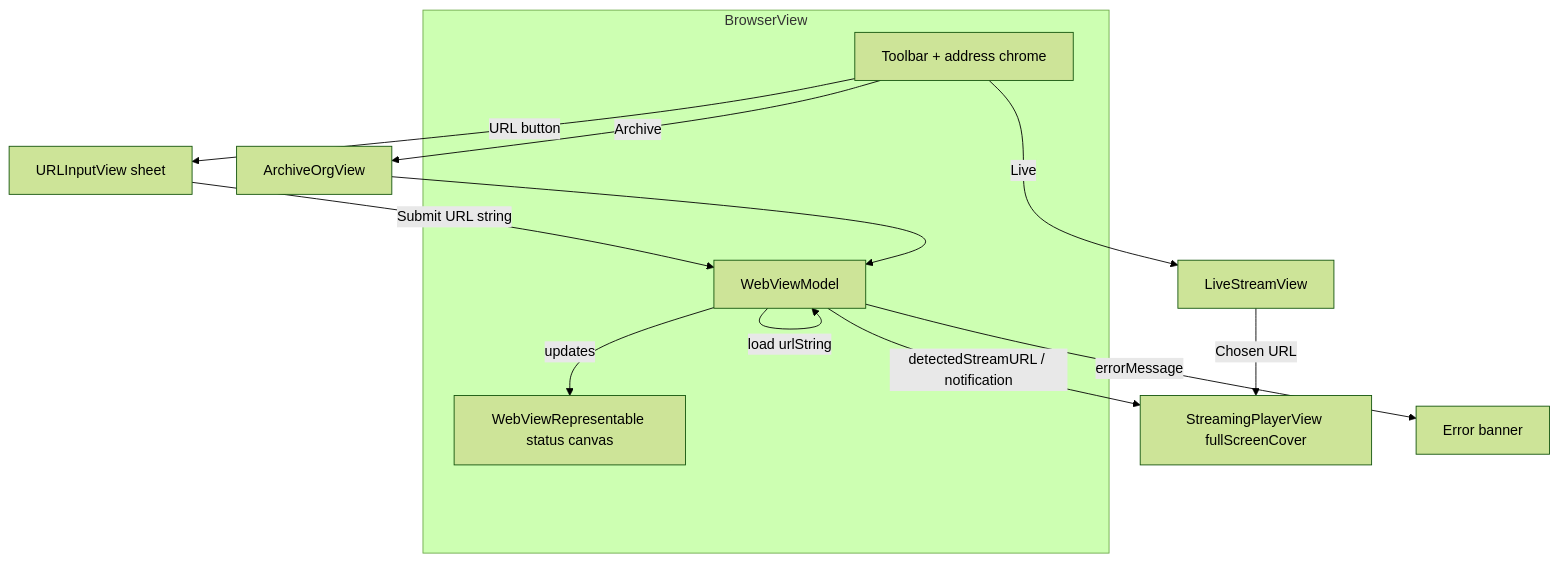
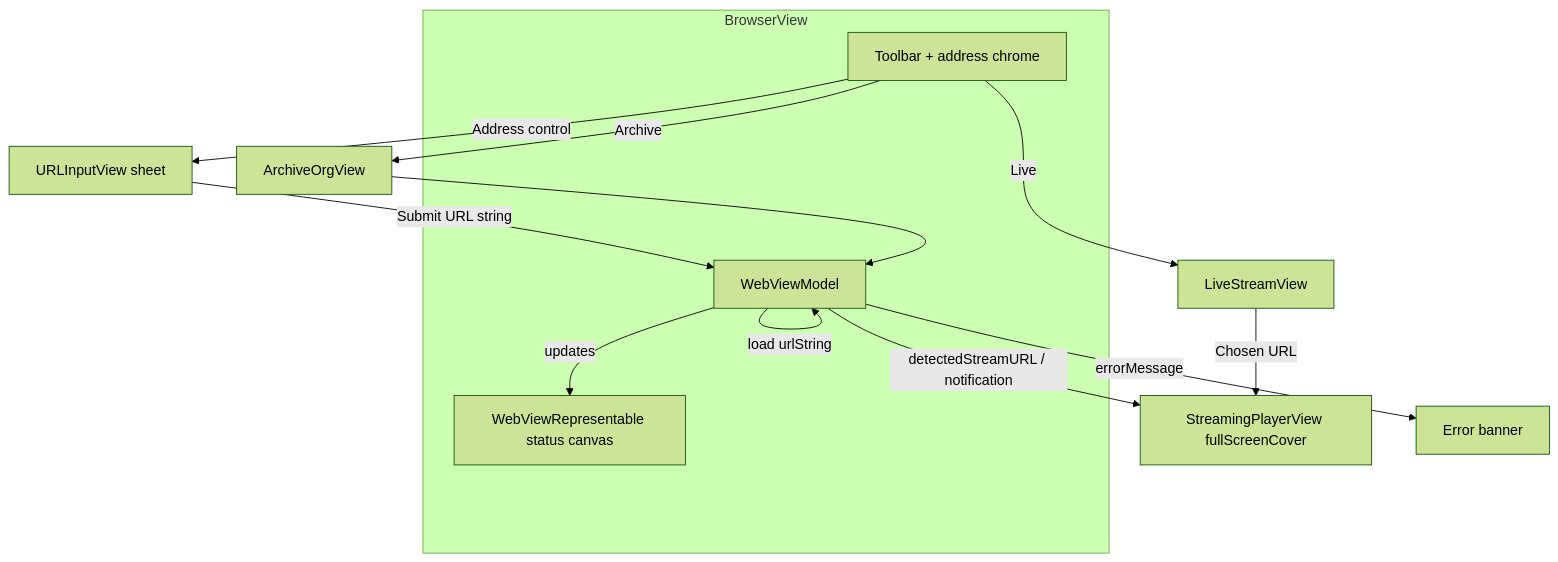
The fourth of 9 diagrams in docs/TV_SAFARI_USER_GUIDE.md (roto31/TV-Safari), drawn with Mermaid (forest theme) before and after one commit. The commit also changed other lines of this file and 118 other files, not shown here.

````diff
--- a/docs/TV_SAFARI_USER_GUIDE.md
+++ b/docs/TV_SAFARI_USER_GUIDE.md
@@ -111,18 +119,18 @@
 ```mermaid
 flowchart TD
     subgraph UI[BrowserView]
         TB[Toolbar + address chrome]
         WVR[WebViewRepresentable status canvas]
         VM[WebViewModel]
     end
-    TB -->|URL button| URLSheet[URLInputView sheet]
+    TB -->|Address control| URLSheet[URLInputView sheet]
     URLSheet -->|Submit URL string| VM
     TB -->|Archive| ArcSheet[ArchiveOrgView]
     ArcSheet --> VM
     TB -->|Live| LiveSheet[LiveStreamView]
     LiveSheet -->|Chosen URL| Player[StreamingPlayerView fullScreenCover]
     VM -->|load urlString| VM
     VM -->|updates| WVR
     VM -->|detectedStreamURL / notification| Player
     VM -->|errorMessage| Banner[Error banner]
 ```
````
